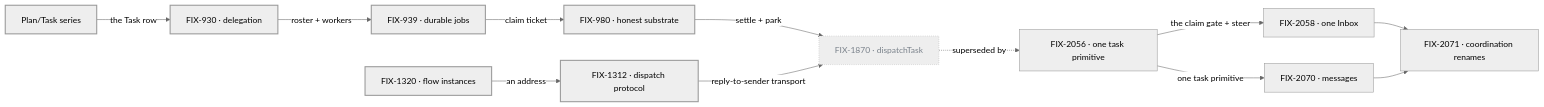
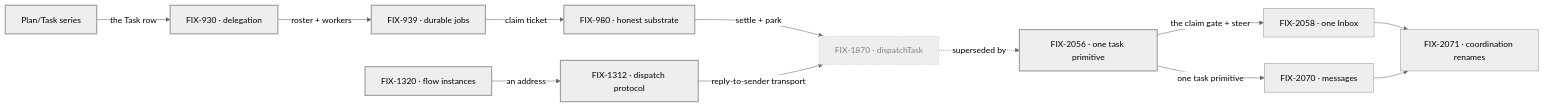
Before and after one commit to fixpoint-labs/flow-state-dev: the diagram in spec/_projects/orchestration-primitives/SPEC.md, drawn with Mermaid (neutral theme). The commit also changed other lines of this file and 3 other files, not shown here.

````diff
--- a/spec/_projects/orchestration-primitives/SPEC.md
+++ b/spec/_projects/orchestration-primitives/SPEC.md
@@ -45,18 +45,18 @@
 ```mermaid
 flowchart LR
   PT["Plan/Task series"] -->|"the Task row"| D930["FIX-930 · delegation"]
   D930 -->|"roster + workers"| D939["FIX-939 · durable jobs"]
   D939 -->|"claim ticket"| D980["FIX-980 · honest substrate"]
   D1320["FIX-1320 · flow instances"] -->|"an address"| D1312["FIX-1312 · dispatch protocol"]
   D980 -->|"settle + park"| D1870["FIX-1870 · dispatchTask"]
   D1312 -->|"reply-to-sender transport"| D1870
   D1870 -.->|"superseded by"| D2056["FIX-2056 · one task primitive"]
   D2056 -->|"the claim gate + steer"| D2058["FIX-2058 · one Inbox"]
   D2056 -->|"one task primitive"| D2070["FIX-2070 · messages"]
   D2058 --> D2071["FIX-2071 · coordination renames"]
   D2070 --> D2071
   classDef done stroke-width:2px
   classDef canceled stroke-dasharray:1 3,color:#7A828B
-  class PT,D930,D939,D980,D1320,D1312 done
+  class PT,D930,D939,D980,D1320,D1312,D2056 done
   class D1870 canceled
 ```
````
